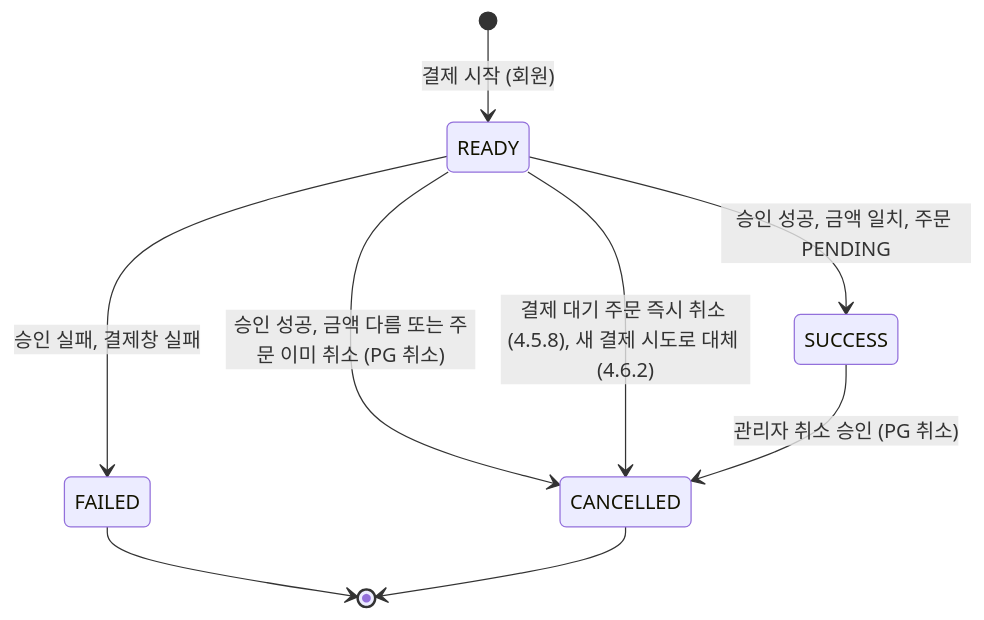
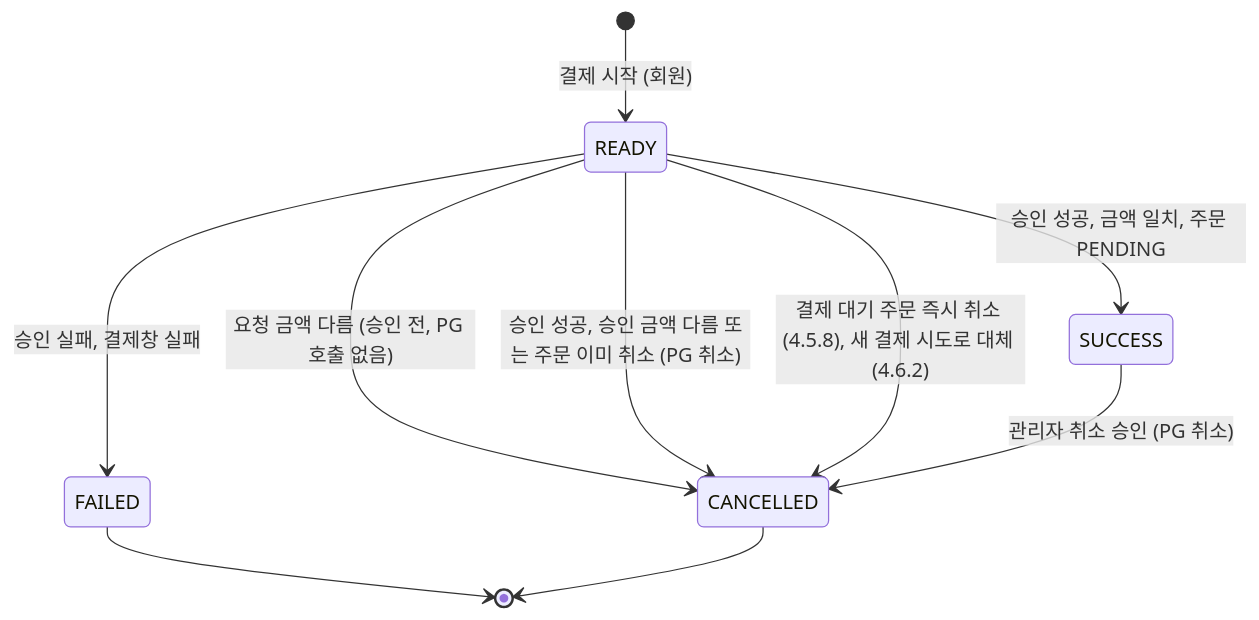
One commit to seren-wib/coffee-shop changed the first of 2 diagrams in docs/specs/sdd/4-components/6-payments.md. Above: the diagram before and after it, drawn with Mermaid. The commit also changed other lines of this file and 11 other files, not shown here.

````diff
--- a/docs/specs/sdd/4-components/6-payments.md
+++ b/docs/specs/sdd/4-components/6-payments.md
@@ -7,11 +7,12 @@
 ```mermaid
 stateDiagram-v2
   [*] --> READY: 결제 시작 (회원)
   READY --> SUCCESS: 승인 성공, 금액 일치, 주문 PENDING
-  READY --> CANCELLED: 승인 성공, 금액 다름 또는 주문 이미 취소 (PG 취소)
+  READY --> CANCELLED: 요청 금액 다름 (승인 전, PG 호출 없음)
+  READY --> CANCELLED: 승인 성공, 승인 금액 다름 또는 주문 이미 취소 (PG 취소)
   READY --> FAILED: 승인 실패, 결제창 실패
   READY --> CANCELLED: 결제 대기 주문 즉시 취소 (4.5.8), 새 결제 시도로 대체 (4.6.2)
   SUCCESS --> CANCELLED: 관리자 취소 승인 (PG 취소)
   FAILED --> [*]
   CANCELLED --> [*]
 ```
````
